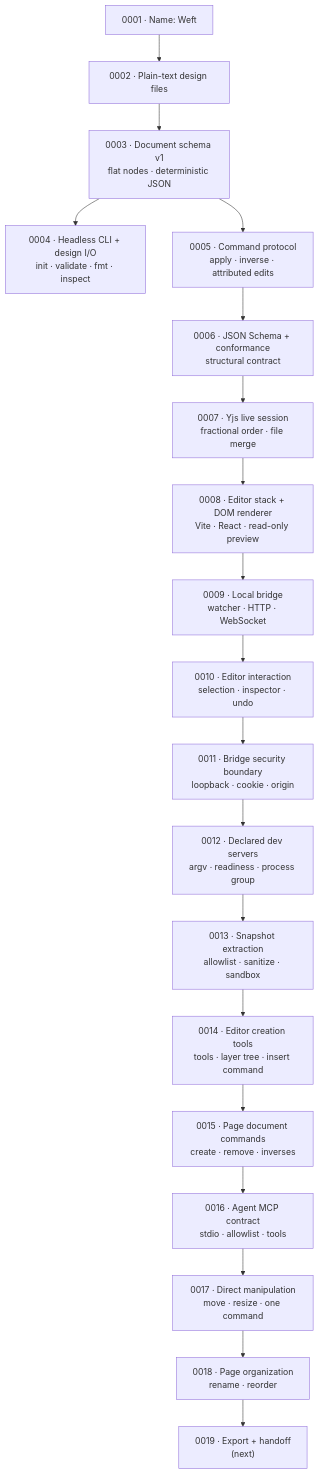
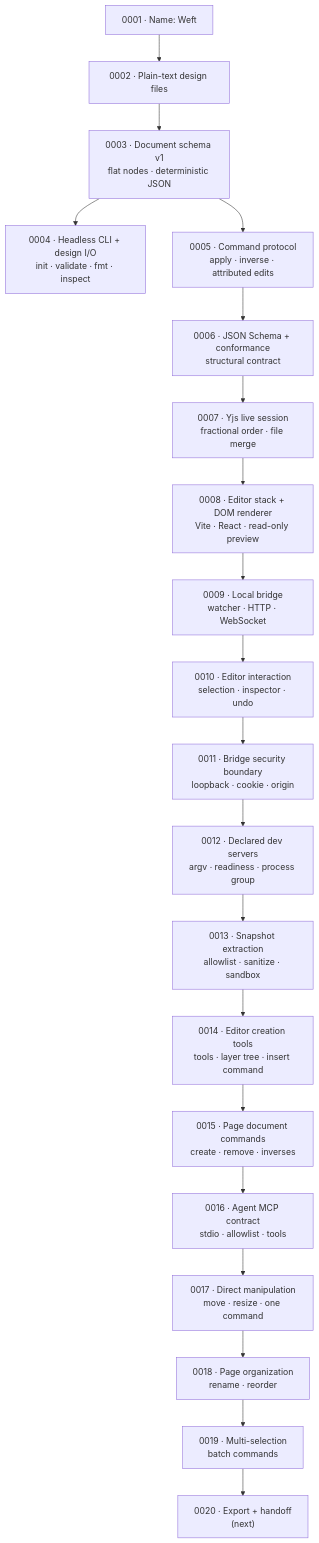
The diagram in docs/decisions/README.md (Pranesh-Selvaraj/Weft), drawn with Mermaid before and after one commit. The commit also changed other lines of this file and 18 other files, not shown here.

Commit message:
feat(editor): add multi-selection and batch commands (#20)

````diff
--- a/docs/decisions/README.md
+++ b/docs/decisions/README.md
@@ -41,21 +42,22 @@
 ```mermaid
 graph TD
     A["0001 · Name: Weft"] --> B["0002 · Plain-text design files"]
     B --> C["0003 · Document schema v1<br/>flat nodes · deterministic JSON"]
     C --> D["0004 · Headless CLI + design I/O<br/>init · validate · fmt · inspect"]
     C --> E["0005 · Command protocol<br/>apply · inverse · attributed edits"]
     E --> F["0006 · JSON Schema + conformance<br/>structural contract"]
     F --> G["0007 · Yjs live session<br/>fractional order · file merge"]
     G --> H["0008 · Editor stack + DOM renderer<br/>Vite · React · read-only preview"]
     H --> I["0009 · Local bridge<br/>watcher · HTTP · WebSocket"]
     I --> J["0010 · Editor interaction<br/>selection · inspector · undo"]
     J --> K["0011 · Bridge security boundary<br/>loopback · cookie · origin"]
     K --> L["0012 · Declared dev servers<br/>argv · readiness · process group"]
     L --> M["0013 · Snapshot extraction<br/>allowlist · sanitize · sandbox"]
     M --> N["0014 · Editor creation tools<br/>tools · layer tree · insert command"]
     N --> O["0015 · Page document commands<br/>create · remove · inverses"]
     O --> P["0016 · Agent MCP contract<br/>stdio · allowlist · tools"]
     P --> Q["0017 · Direct manipulation<br/>move · resize · one command"]
     Q --> R["0018 · Page organization<br/>rename · reorder"]
-    R --> S["0019 · Export + handoff<br/>(next)"]
+    R --> S["0019 · Multi-selection<br/>batch commands"]
+    S --> T["0020 · Export + handoff<br/>(next)"]
 ```
````
